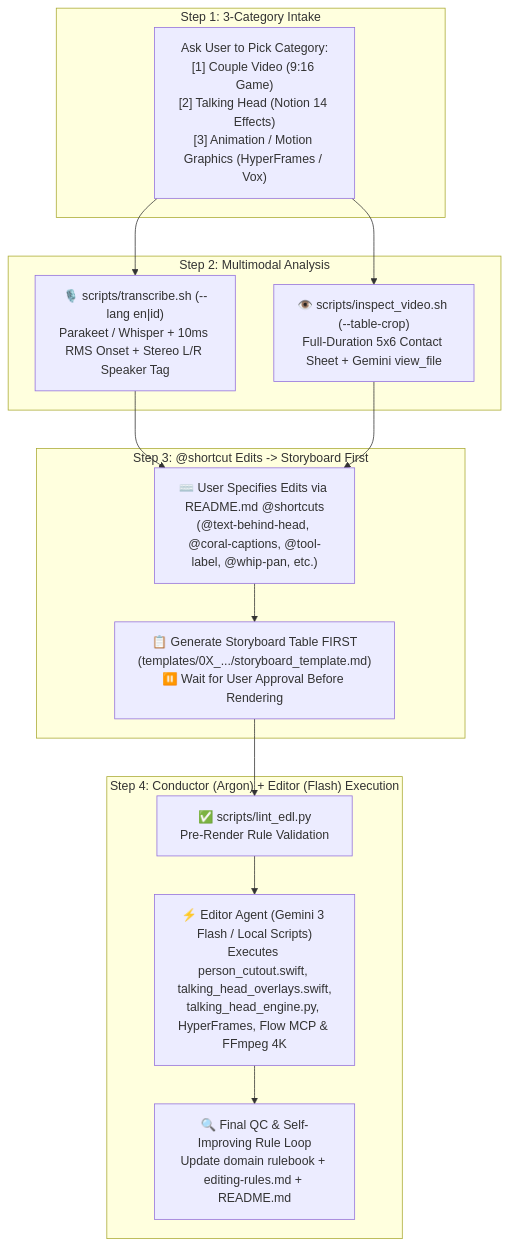
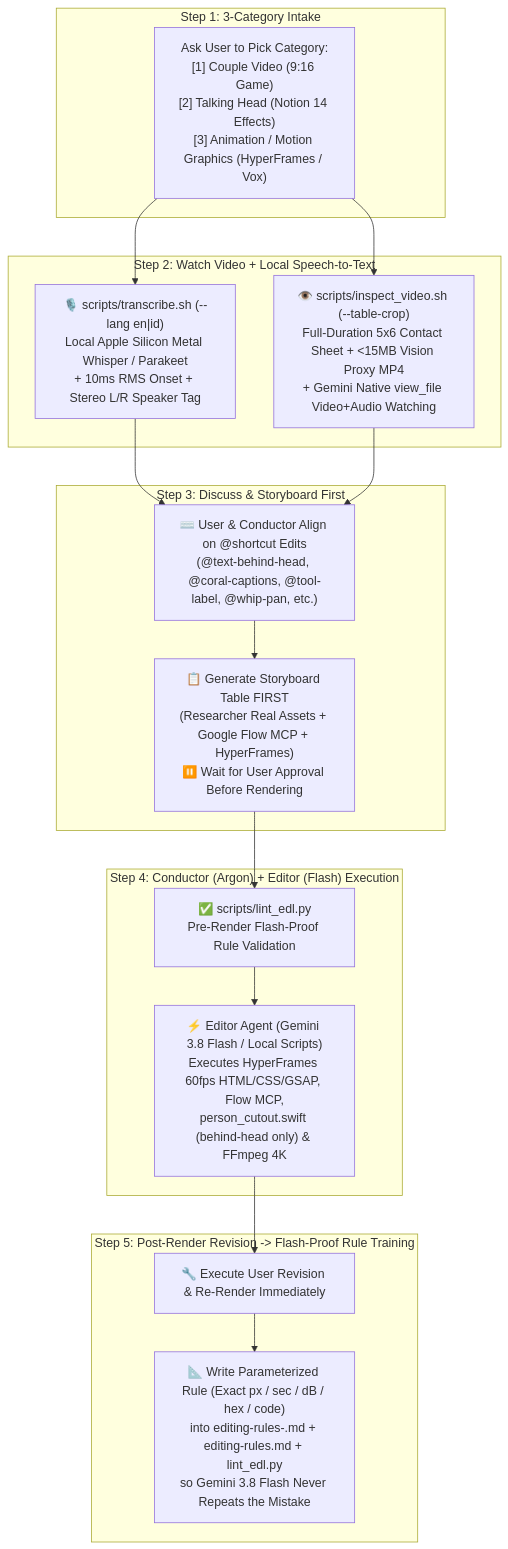
The diagram in GEMINI.md (arandersen/ai-editor), drawn with Mermaid before and after one commit. The commit also changed other lines of this file and 5 other files, not shown here.

Commit message:
Guarantee native video proxy watching, sandbox-safe Apple Metal Whisper ASR, and Flash-proof post-render revision rule loop

````diff
--- a/GEMINI.md
+++ b/GEMINI.md
@@ -9,31 +9,36 @@
 ```mermaid
 flowchart TB
     subgraph START["Step 1: 3-Category Intake"]
         CAT["Ask User to Pick Category:\n[1] Couple Video (9:16 Game)\n[2] Talking Head (Notion 14 Effects)\n[3] Animation / Motion Graphics (HyperFrames / Vox)"]
     end
 
-    subgraph WATCH["Step 2: Multimodal Analysis"]
-        TRANS["🎙️ scripts/transcribe.sh (--lang en|id)\nParakeet / Whisper + 10ms RMS Onset + Stereo L/R Speaker Tag"]
-        INSPECT["👁️ scripts/inspect_video.sh (--table-crop)\nFull-Duration 5x6 Contact Sheet + Gemini view_file"]
+    subgraph WATCH["Step 2: Watch Video + Local Speech-to-Text"]
+        TRANS["🎙️ scripts/transcribe.sh (--lang en|id)\nLocal Apple Silicon Metal Whisper / Parakeet\n+ 10ms RMS Onset + Stereo L/R Speaker Tag"]
+        INSPECT["👁️ scripts/inspect_video.sh (--table-crop)\nFull-Duration 5x6 Contact Sheet + <15MB Vision Proxy MP4\n+ Gemini Native view_file Video+Audio Watching"]
     end
 
-    subgraph STORYBOARD["Step 3: @shortcut Edits -> Storyboard First"]
-        SHORTCUTS["⌨️ User Specifies Edits via README.md @shortcuts\n(@text-behind-head, @coral-captions, @tool-label, @whip-pan, etc.)"]
-        SB_TABLE["📋 Generate Storyboard Table FIRST\n(templates/0X_.../storyboard_template.md)\n⏸️ Wait for User Approval Before Rendering"]
+    subgraph STORYBOARD["Step 3: Discuss & Storyboard First"]
+        SHORTCUTS["⌨️ User & Conductor Align on @shortcut Edits\n(@text-behind-head, @coral-captions, @tool-label, @whip-pan, etc.)"]
+        SB_TABLE["📋 Generate Storyboard Table FIRST\n(Researcher Real Assets + Google Flow MCP + HyperFrames)\n⏸️ Wait for User Approval Before Rendering"]
     end
 
     subgraph EXECUTE["Step 4: Conductor (Argon) + Editor (Flash) Execution"]
-        LINT["✅ scripts/lint_edl.py\nPre-Render Rule Validation"]
-        FLASH["⚡ Editor Agent (Gemini 3 Flash / Local Scripts)\nExecutes person_cutout.swift, talking_head_overlays.swift,\ntalking_head_engine.py, HyperFrames, Flow MCP & FFmpeg 4K"]
-        QC["🔍 Final QC & Self-Improving Rule Loop\nUpdate domain rulebook + editing-rules.md + README.md"]
+        LINT["✅ scripts/lint_edl.py\nPre-Render Flash-Proof Rule Validation"]
+        FLASH["⚡ Editor Agent (Gemini 3.8 Flash / Local Scripts)\nExecutes HyperFrames 60fps HTML/CSS/GSAP, Flow MCP,\nperson_cutout.swift (behind-head only) & FFmpeg 4K"]
+    end
+
+    subgraph REVISION["Step 5: Post-Render Revision -> Flash-Proof Rule Training"]
+        REV_FIX["🔧 Execute User Revision & Re-Render Immediately"]
+        REV_RULE["📐 Write Parameterized Rule (Exact px / sec / dB / hex / code)\ninto editing-rules-<category>.md + editing-rules.md + lint_edl.py\nso Gemini 3.8 Flash Never Repeats the Mistake"]
     end
 
     CAT --> TRANS
     CAT --> INSPECT
     TRANS --> SHORTCUTS
     INSPECT --> SHORTCUTS
     SHORTCUTS --> SB_TABLE
     SB_TABLE --> LINT
     LINT --> FLASH
-    FLASH --> QC
+    FLASH --> REV_FIX
+    REV_FIX --> REV_RULE
 ```
````
